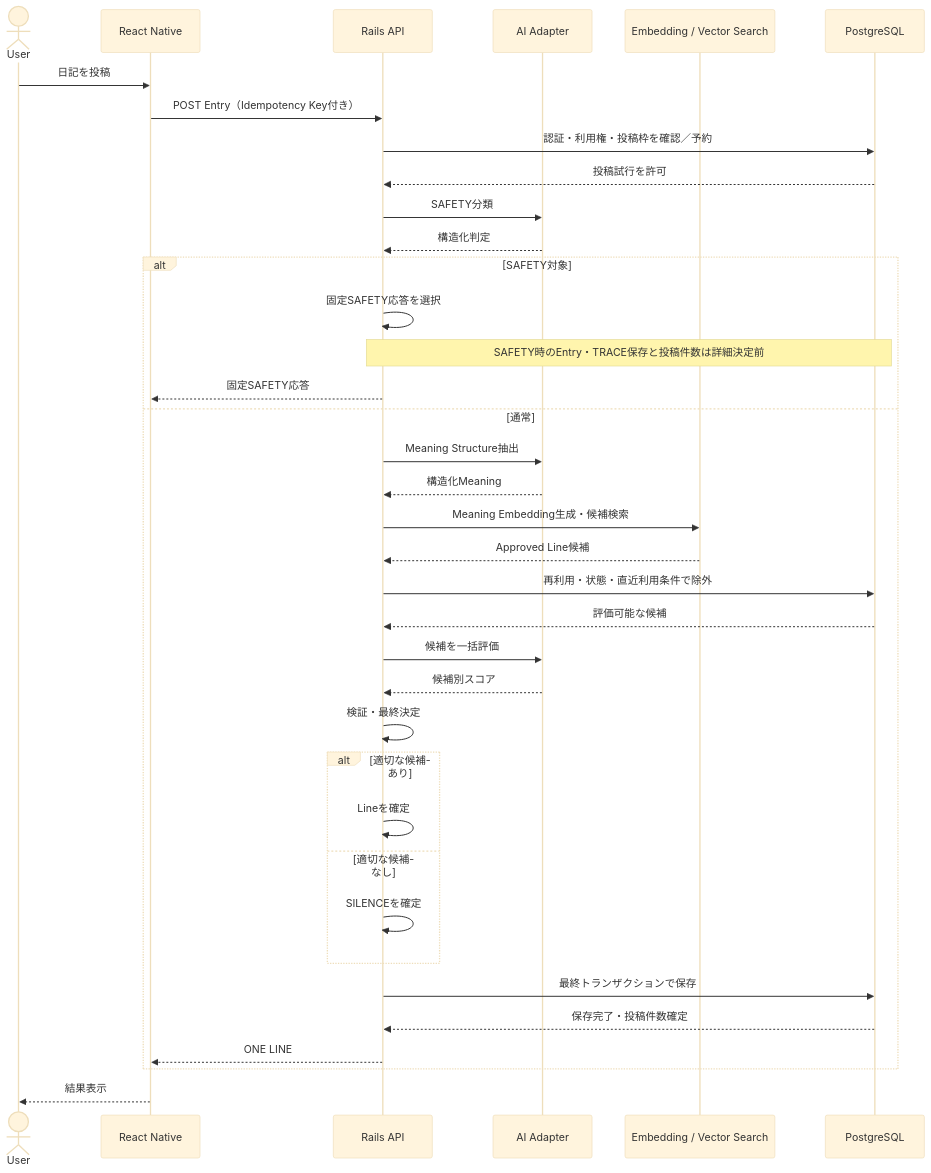
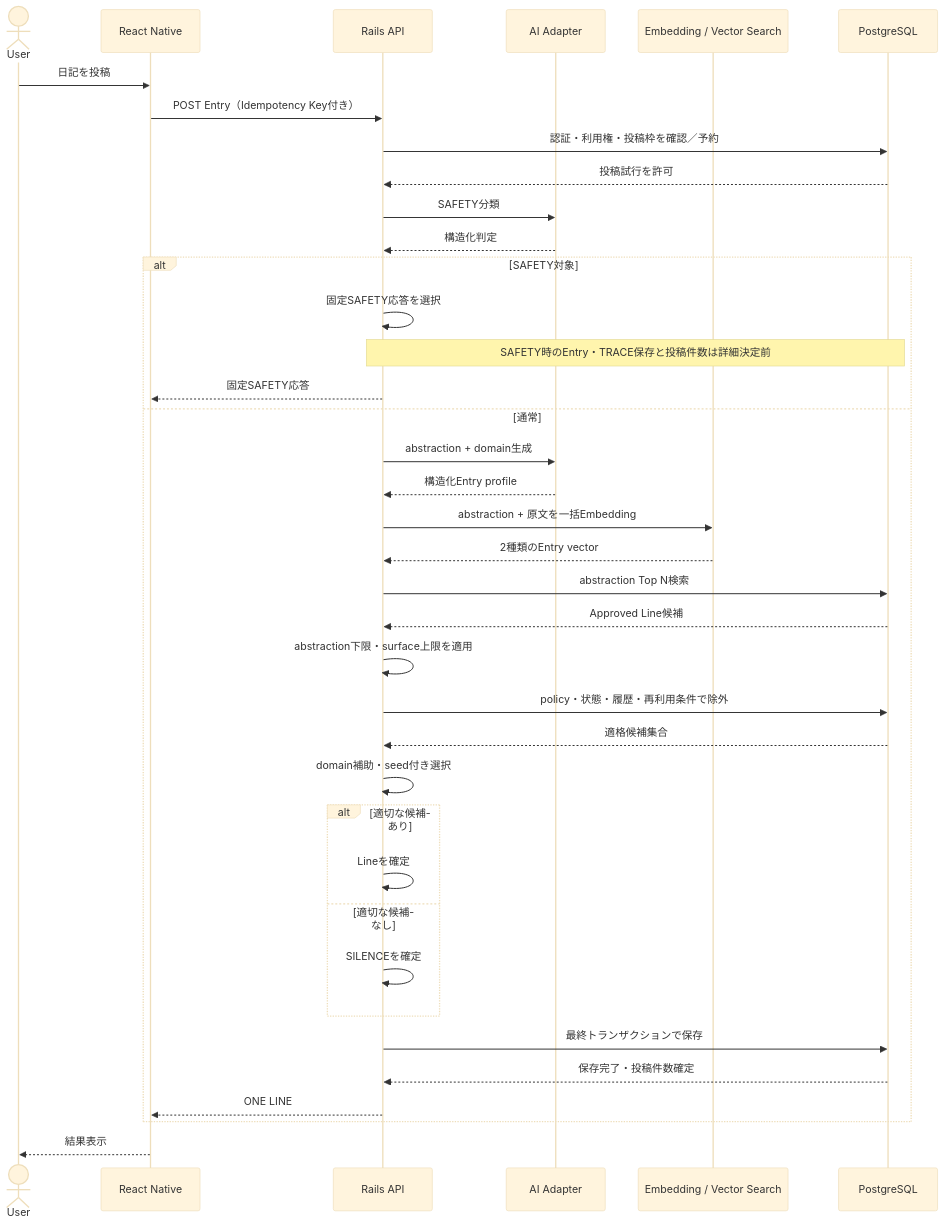
One commit to officeutq/obserbing changed the second of 4 diagrams in docs/AI基本設計.md. Above: the diagram before and after it, drawn with Mermaid (base theme). The commit also changed other lines of this file and 5 other files, not shown here.

````diff
--- a/docs/AI基本設計.md
+++ b/docs/AI基本設計.md
@@ -203,41 +202,42 @@
 ```mermaid
 sequenceDiagram
     actor User as User
     participant App as React Native
     participant API as Rails API
     participant AI as AI Adapter
     participant Vec as Embedding / Vector Search
     participant DB as PostgreSQL
 
     User->>App: 日記を投稿
     App->>API: POST Entry（Idempotency Key付き）
     API->>DB: 認証・利用権・投稿枠を確認／予約
     DB-->>API: 投稿試行を許可
     API->>AI: SAFETY分類
     AI-->>API: 構造化判定
 
     alt SAFETY対象
         API->>API: 固定SAFETY応答を選択
         Note over API,DB: SAFETY時のEntry・TRACE保存と投稿件数は詳細決定前
         API-->>App: 固定SAFETY応答
     else 通常
-        API->>AI: Meaning Structure抽出
-        AI-->>API: 構造化Meaning
-        API->>Vec: Meaning Embedding生成・候補検索
-        Vec-->>API: Approved Line候補
-        API->>DB: 再利用・状態・直近利用条件で除外
-        DB-->>API: 評価可能な候補
-        API->>AI: 候補を一括評価
-        AI-->>API: 候補別スコア
-        API->>API: 検証・最終決定
+        API->>AI: abstraction + domain生成
+        AI-->>API: 構造化Entry profile
+        API->>Vec: abstraction + 原文を一括Embedding
+        Vec-->>API: 2種類のEntry vector
+        API->>DB: abstraction Top N検索
+        DB-->>API: Approved Line候補
+        API->>API: abstraction下限・surface上限を適用
+        API->>DB: policy・状態・履歴・再利用条件で除外
+        DB-->>API: 適格候補集合
+        API->>API: domain補助・seed付き選択
         alt 適切な候補あり
             API->>API: Lineを確定
         else 適切な候補なし
             API->>API: SILENCEを確定
         end
         API->>DB: 最終トランザクションで保存
         DB-->>API: 保存完了・投稿件数確定
         API-->>App: ONE LINE
     end
     App-->>User: 結果表示
 ```
````
